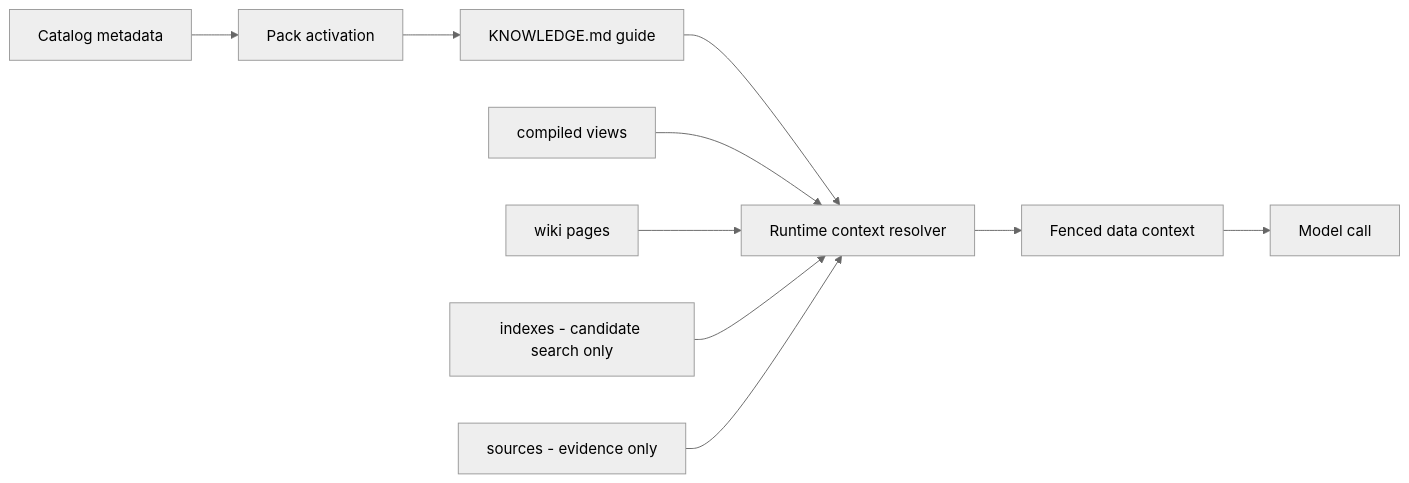
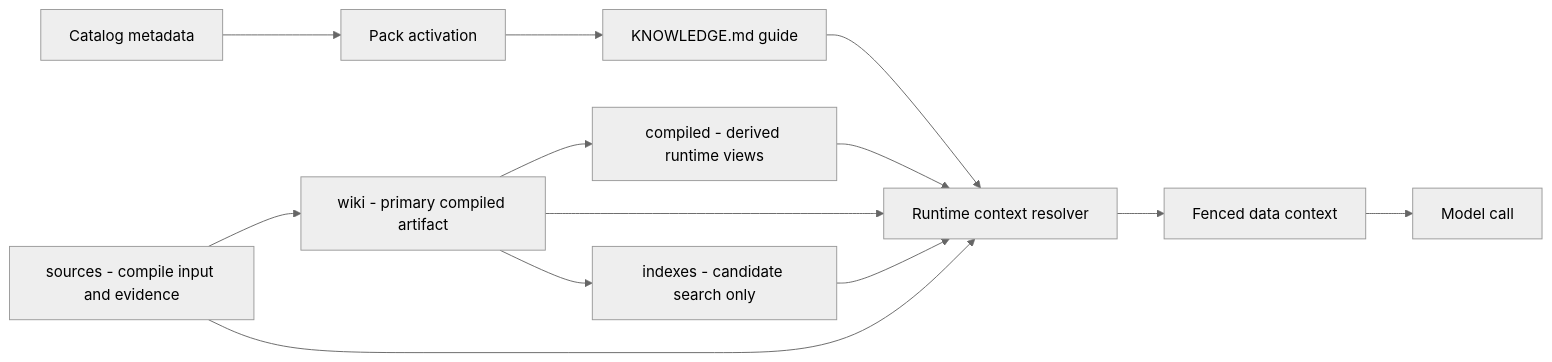
The diagram in docs/en/specification.md (limecloud/agentknowledge), drawn with Mermaid (neutral theme) before and after one commit. The commit also changed other lines of this file and 26 other files, not shown here.

````diff
--- a/docs/en/specification.md
+++ b/docs/en/specification.md
@@ -142,12 +158,15 @@
 ```mermaid
 flowchart LR
   Metadata["Catalog metadata"] --> Activation["Pack activation"]
   Activation --> Guide["KNOWLEDGE.md guide"]
   Guide --> Resolver["Runtime context resolver"]
-  Compiled["compiled views"] --> Resolver
-  Wiki["wiki pages"] --> Resolver
-  Indexes["indexes - candidate search only"] --> Resolver
-  Sources["sources - evidence only"] --> Resolver
+  Sources["sources - compile input and evidence"] --> Wiki["wiki - primary compiled artifact"]
+  Wiki --> Compiled["compiled - derived runtime views"]
+  Wiki --> Indexes["indexes - candidate search only"]
+  Compiled --> Resolver
+  Wiki --> Resolver
+  Indexes --> Resolver
+  Sources --> Resolver
   Resolver --> Fenced["Fenced data context"]
   Fenced --> Model["Model call"]
 ```
````
